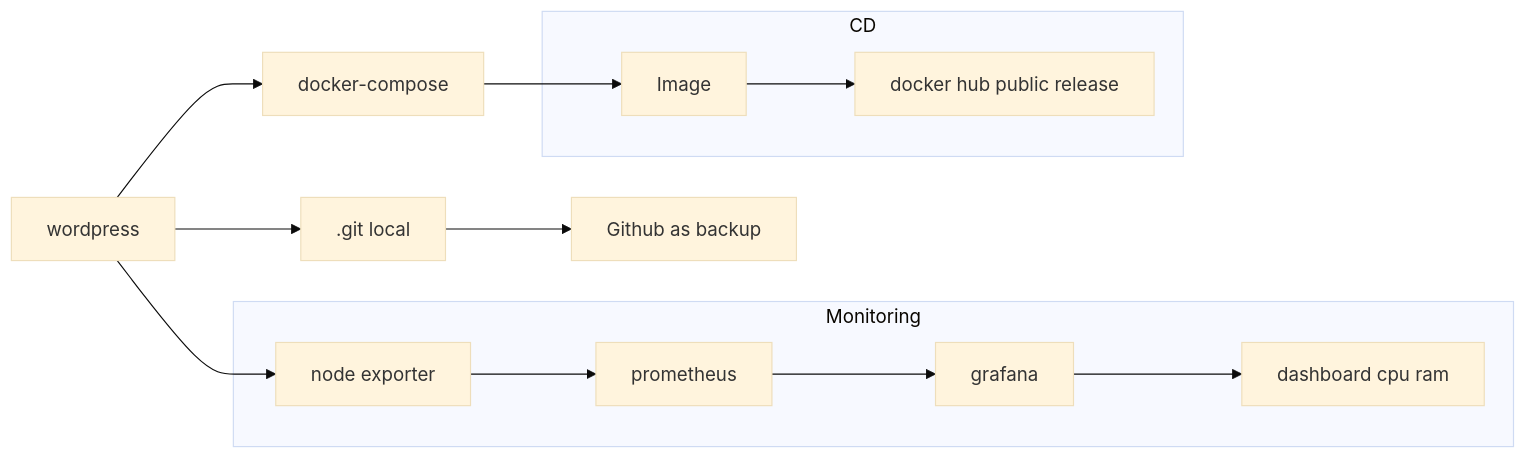
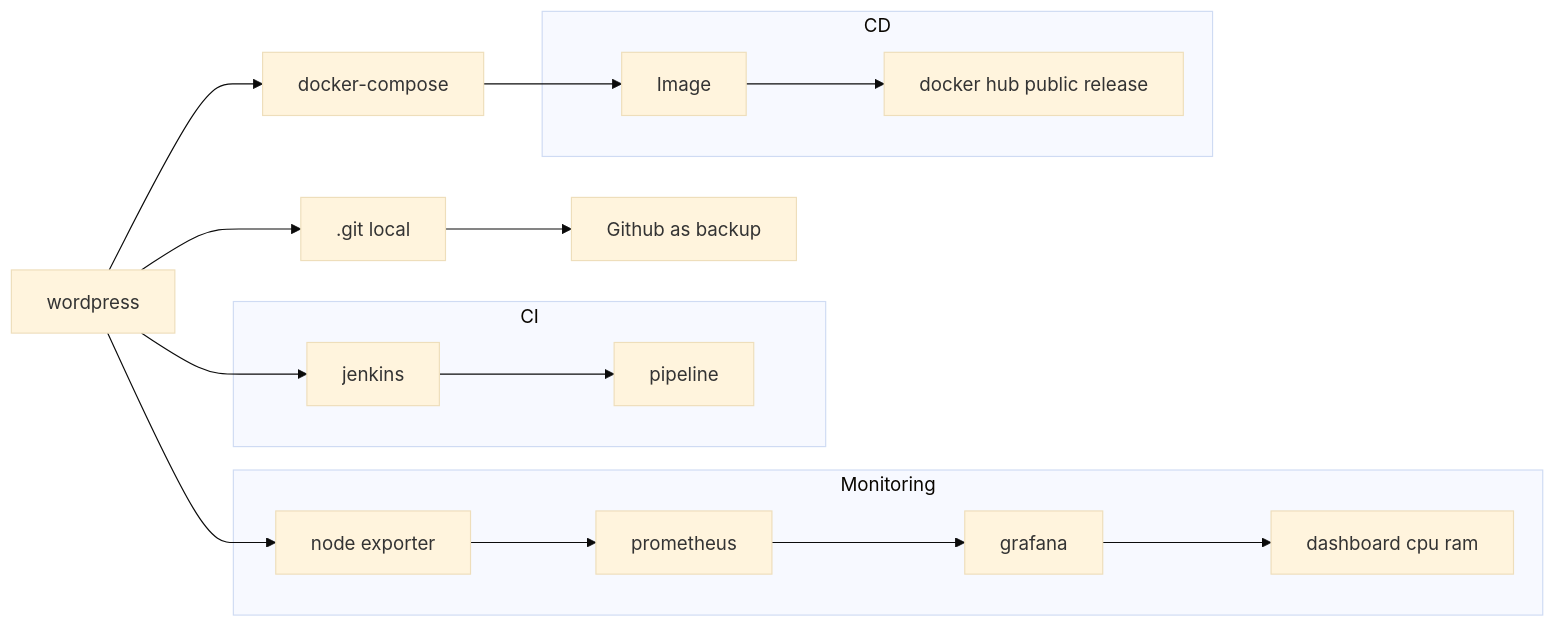
One commit to DanyAAD90/CICD_complete_from_scratch changed the diagram in README.md. Above: the diagram before and after it, drawn with Mermaid (base theme).

````diff
--- a/README.md
+++ b/README.md
@@ -5,16 +5,20 @@
 ```mermaid
 flowchart LR
 A[wordpress] --> B[.git local]
 A --> G[node exporter]
+A --> K[jenkins]
+subgraph CI
+K --> L[pipeline]
+end
 subgraph Monitoring
 G --> H[prometheus]
 H --> I[grafana]
 I --> J[dashboard cpu ram]
 end
 B --> C[Github as backup]
 A --> D[docker-compose]
 D --> E[Image]
 subgraph CD
 E --> F[docker hub public release]
 end
 ```
````
